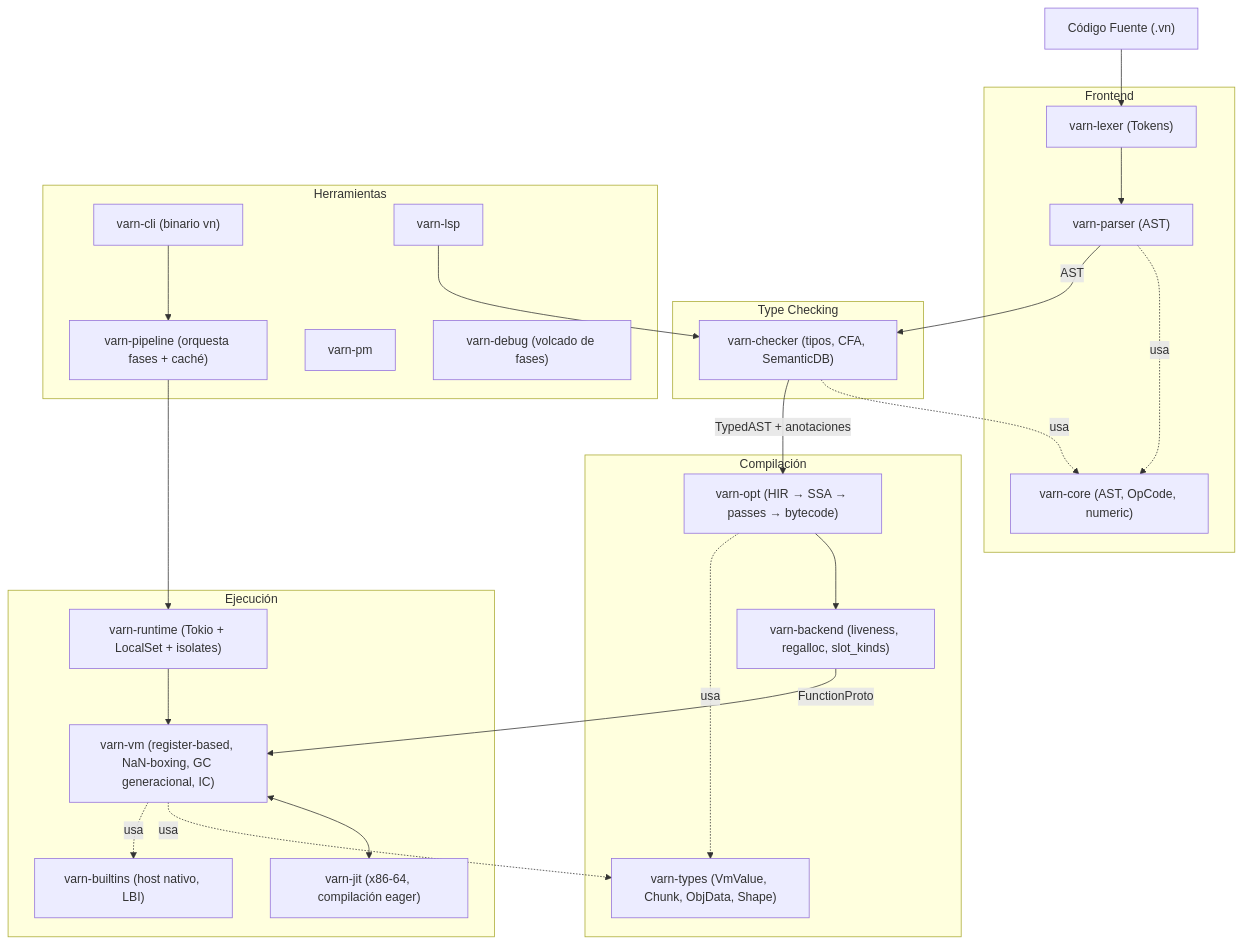
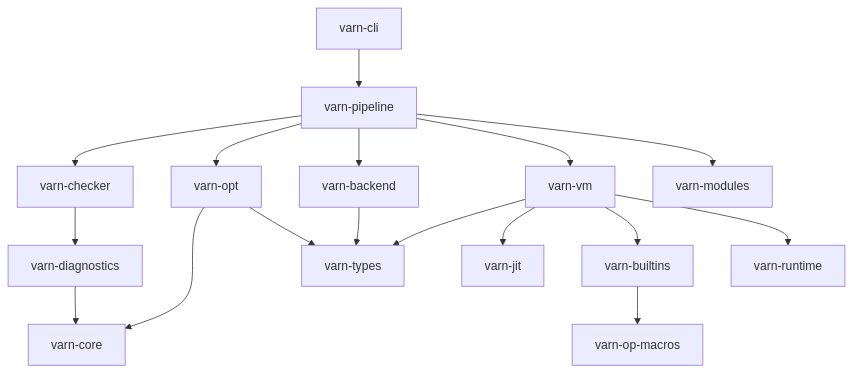
The diagram in docs/CRATES_STATE.md (carlos-burelo/varn), drawn with Mermaid before and after one commit. The commit also changed other lines of this file and 65 other files, not shown here.

````diff
--- a/docs/CRATES_STATE.md
+++ b/docs/CRATES_STATE.md
@@ -7,54 +18,21 @@
 ```mermaid
 graph TD
-    SourceText["Código Fuente (.vn)"] --> Lexer
-
-    subgraph Frontend
-        Lexer["varn-lexer (Tokens)"]
-        Parser["varn-parser (AST)"]
-        Core["varn-core (AST, OpCode, numeric)"]
-        Lexer --> Parser
-        Parser -.usa.-> Core
-    end
-
-    subgraph MiddleEnd["Type Checking"]
-        Checker["varn-checker (tipos, CFA, SemanticDB)"]
-        Checker -.usa.-> Core
-    end
-
-    Parser -- AST --> Checker
-
-    subgraph Compilacion["Compilación"]
-        Opt["varn-opt (HIR → SSA → passes → bytecode)"]
-        BackEnd["varn-backend (liveness, regalloc, slot_kinds)"]
-        Types["varn-types (VmValue, Chunk, ObjData, Shape)"]
-        Opt --> BackEnd
-        Opt -.usa.-> Types
-    end
-
-    Checker -- TypedAST + anotaciones --> Opt
-
-    subgraph Execution["Ejecución"]
-        VM["varn-vm (register-based, NaN-boxing, GC generacional, IC)"]
-        Jit["varn-jit (x86-64, compilación eager)"]
-        Runtime["varn-runtime (Tokio + LocalSet + isolates)"]
-        Builtins["varn-builtins (host nativo, LBI)"]
-        VM <--> Jit
-        Runtime --> VM
-        VM -.usa.-> Types
-        VM -.usa.-> Builtins
-    end
-
-    BackEnd -- FunctionProto --> VM
-
-    subgraph Tools["Herramientas"]
-        Pipeline["varn-pipeline (orquesta fases + caché)"]
-        CLI["varn-cli (binario vn)"]
-        LSP["varn-lsp"]
-        PM["varn-pm"]
-        Debug["varn-debug (volcado de fases)"]
-    end
-
-    CLI --> Pipeline
-    Pipeline --> Runtime
-    LSP --> Checker
+    CLI["varn-cli"] --> Pipeline["varn-pipeline"]
+    Pipeline --> Checker["varn-checker"]
+    Pipeline --> Opt["varn-opt"]
+    Pipeline --> Backend["varn-backend"]
+    Pipeline --> VM["varn-vm"]
+    Pipeline --> Modules["varn-modules"]
+    
+    Opt --> Core["varn-core"]
+    Opt --> Types["varn-types"]
+    Backend --> Types
+    VM --> Types
+    VM --> JIT["varn-jit"]
+    VM --> Builtins["varn-builtins"]
+    VM --> Runtime["varn-runtime"]
+    
+    Builtins --> OpMacros["varn-op-macros"]
+    Checker --> Diagnostics["varn-diagnostics"]
+    Diagnostics --> Core
 ```
````
